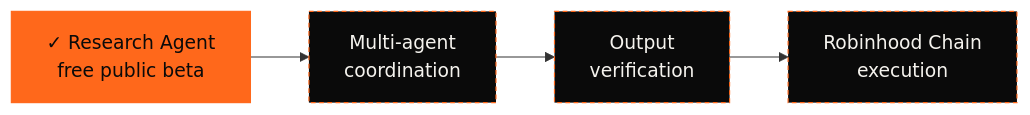
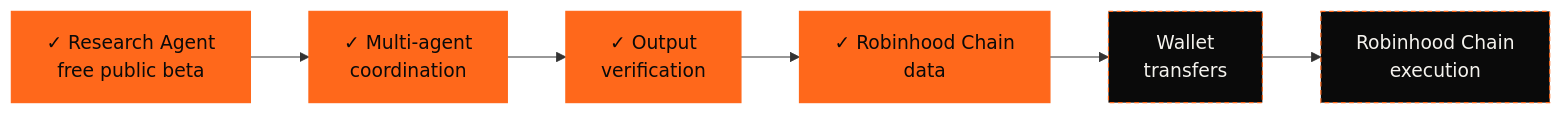
One commit to SyncronixLabs/SyncronixLabs changed the third of 3 diagrams in README.md. Above: the diagram before and after it, drawn with Mermaid. The commit also changed other lines of this file, not shown here.

First line of the commit message:
Update status: live multi-agent verification and Robinhood Chain data

````diff
--- a/README.md
+++ b/README.md
@@ -203,6 +203,6 @@
 ```mermaid
 flowchart LR
-    A["✓ Research Agent<br/>free public beta"]:::live --> B["Multi-agent<br/>coordination"]:::next --> C["Output<br/>verification"]:::next --> D["Robinhood Chain<br/>execution"]:::next
+    A["✓ Research Agent<br/>free public beta"]:::live --> B["✓ Multi-agent<br/>coordination"]:::live --> C["✓ Output<br/>verification"]:::live --> F["✓ Robinhood Chain<br/>data"]:::live --> W["Wallet<br/>transfers"]:::next --> D["Robinhood Chain<br/>execution"]:::next
     classDef live fill:#FF681B,stroke:#FF681B,color:#0A0A0A
     classDef next fill:#0A0A0A,stroke:#FF681B,color:#F5F3EE,stroke-dasharray:4 3
 ```
````
